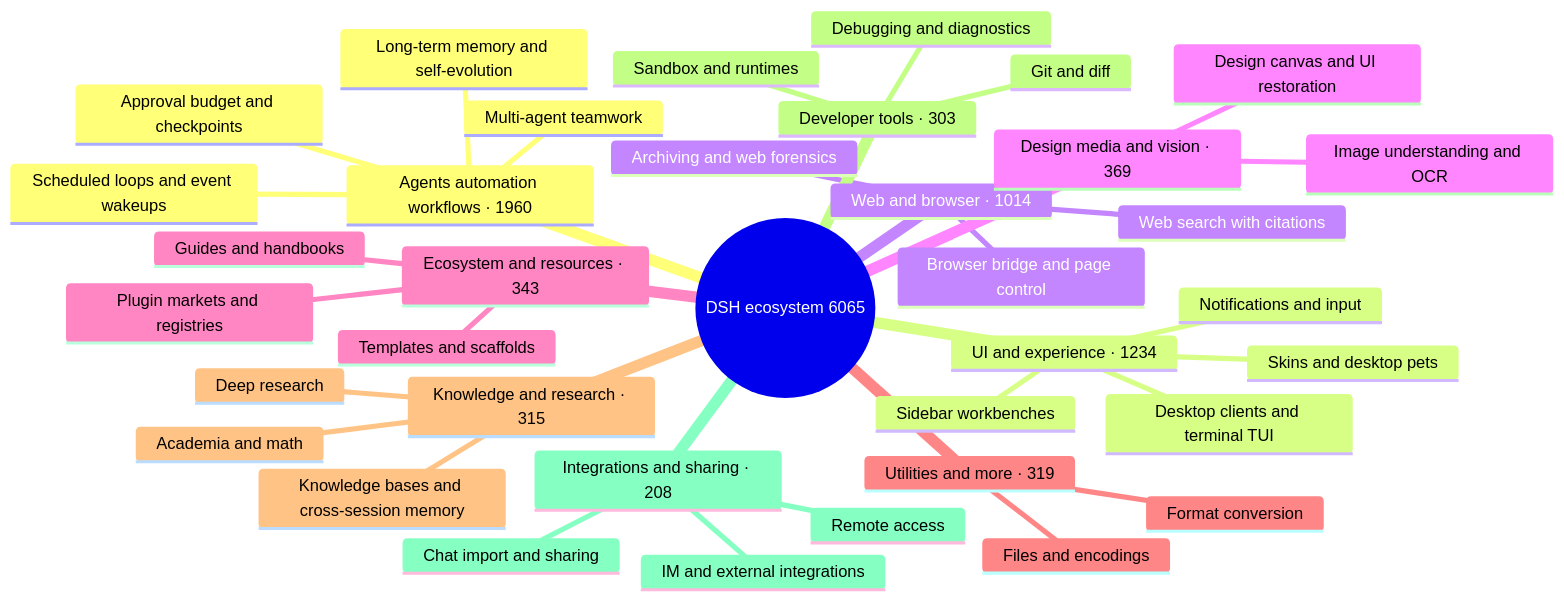
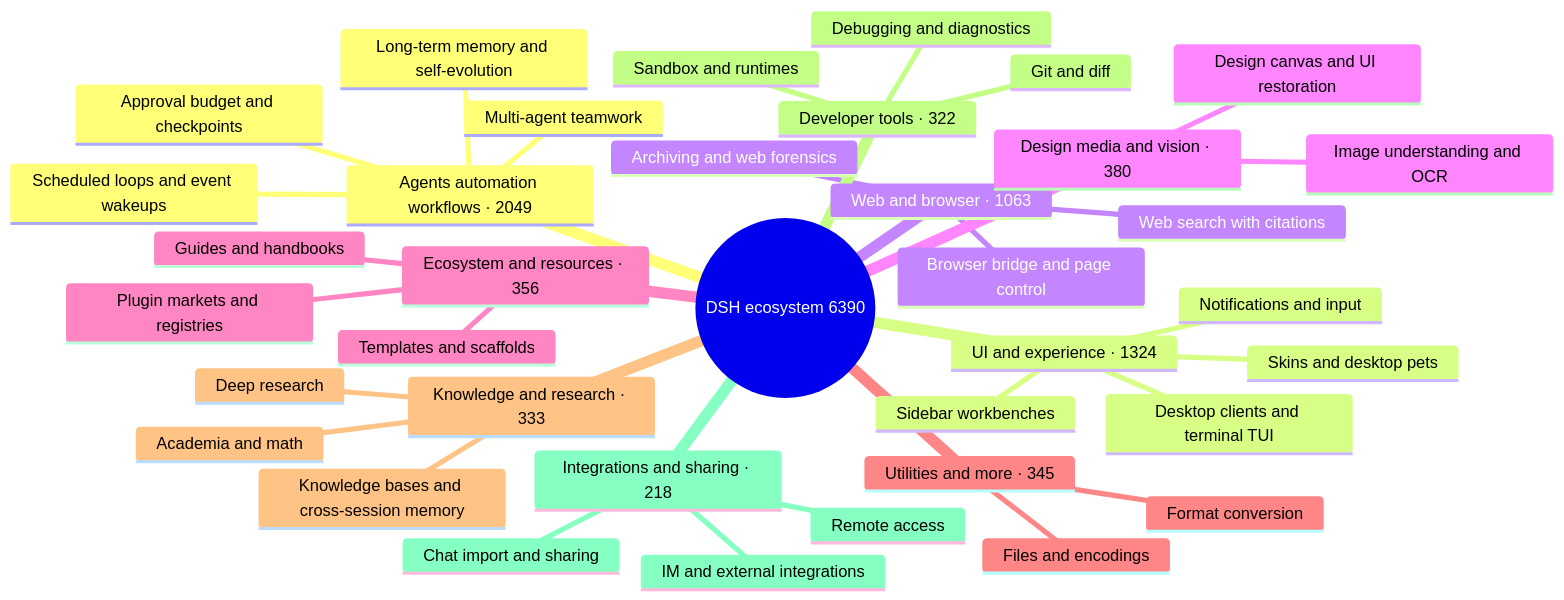
The diagram in README_EN.md (PGZXB/awesome-dsh-plugin-3), drawn with Mermaid before and after one commit. The commit also changed other lines of this file and 9 other files, not shown here.

````diff
--- a/README_EN.md
+++ b/README_EN.md
@@ -33,40 +33,40 @@
 ```mermaid
 mindmap
-  root((DSH ecosystem 6065))
-    Agents automation workflows · 1960
+  root((DSH ecosystem 6390))
+    Agents automation workflows · 2049
       Scheduled loops and event wakeups
       Multi-agent teamwork
       Long-term memory and self-evolution
       Approval budget and checkpoints
-    UI and experience · 1234
+    UI and experience · 1324
       Desktop clients and terminal TUI
       Sidebar workbenches
       Skins and desktop pets
       Notifications and input
-    Web and browser · 1014
+    Web and browser · 1063
       Browser bridge and page control
       Web search with citations
       Archiving and web forensics
-    Design media and vision · 369
+    Design media and vision · 380
       Image understanding and OCR
       Design canvas and UI restoration
-    Ecosystem and resources · 343
+    Ecosystem and resources · 356
       Plugin markets and registries
       Templates and scaffolds
       Guides and handbooks
-    Utilities and more · 319
+    Utilities and more · 345
       Files and encodings
       Format conversion
-    Knowledge and research · 315
+    Knowledge and research · 333
       Knowledge bases and cross-session memory
       Deep research
       Academia and math
-    Developer tools · 303
+    Developer tools · 322
       Git and diff
       Sandbox and runtimes
       Debugging and diagnostics
-    Integrations and sharing · 208
+    Integrations and sharing · 218
       Chat import and sharing
       Remote access
       IM and external integrations
 ```
````
